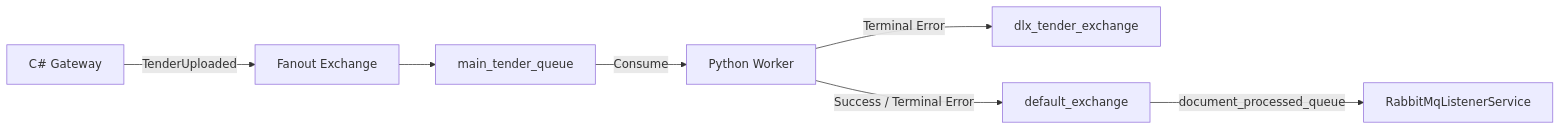
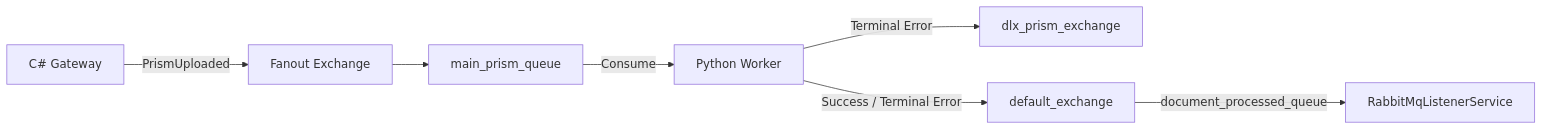
One commit to i-mouse/prism changed the third of 5 diagrams in docs/AI_HANDOFF.md. Above: the diagram before and after it, drawn with Mermaid. The commit also changed other lines of this file and 117 other files, not shown here.

Commit message:
TenderAI - Prism

````diff
--- a/docs/AI_HANDOFF.md
+++ b/docs/AI_HANDOFF.md
@@ -148,9 +148,9 @@
 ```mermaid
 flowchart LR
-    API[C# Gateway] -->|TenderUploaded| EX[Fanout Exchange]
-    EX --> Q[main_tender_queue]
+    API[C# Gateway] -->|PrismUploaded| EX[Fanout Exchange]
+    EX --> Q[main_prism_queue]
     Q -->|Consume| Py[Python Worker]
-    Py -- Terminal Error --> DLX[dlx_tender_exchange]
+    Py -- Terminal Error --> DLX[dlx_prism_exchange]
     Py -- Success / Terminal Error --> DEX[default_exchange]
     DEX -->|document_processed_queue| CListener[RabbitMqListenerService]
 ```
````
